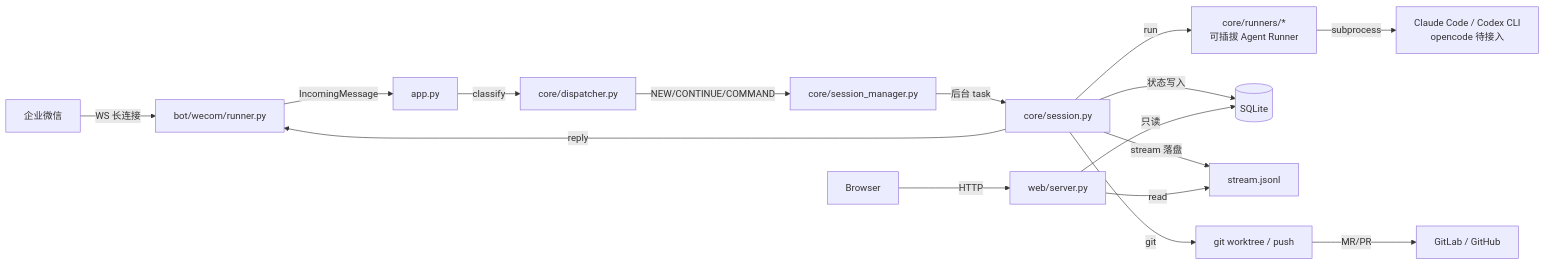
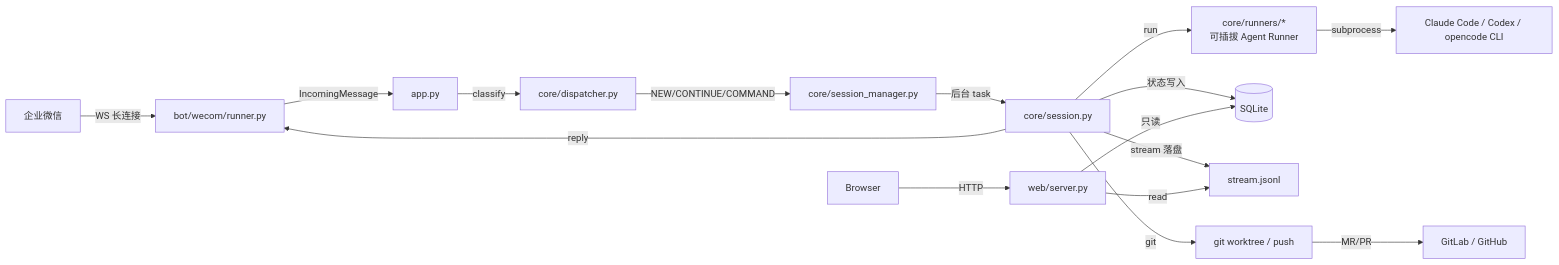
The first of 2 diagrams in docs/architecture.md (fboostr/cc-fleet), drawn with Mermaid before and after one commit. The commit also changed other lines of this file and 9 other files, not shown here.

````diff
--- a/docs/architecture.md
+++ b/docs/architecture.md
@@ -9,18 +9,18 @@
 ```mermaid
 flowchart LR
     IM[企业微信] -- WS 长连接 --> Bot[bot/wecom/runner.py]
     Bot -- IncomingMessage --> App[app.py]
     App -- classify --> Disp[core/dispatcher.py]
     Disp -- NEW/CONTINUE/COMMAND --> SM[core/session_manager.py]
     SM -- 后台 task --> Sess[core/session.py]
     Sess -- run --> RUN[core/runners/*<br/>可插拔 Agent Runner]
-    RUN -- subprocess --> CC[Claude Code / Codex CLI<br/>opencode 待接入]
+    RUN -- subprocess --> CC[Claude Code / Codex / opencode CLI]
     Sess -- 状态写入 --> DB[(SQLite)]
     Sess -- stream 落盘 --> JL[stream.jsonl]
     Sess -- git --> GIT[git worktree / push]
     GIT -- MR/PR --> Forge[GitLab / GitHub]
     Sess -- reply --> Bot
     Browser -- HTTP --> Web[web/server.py]
     Web -- 只读 --> DB
     Web -- read --> JL
 ```
````
